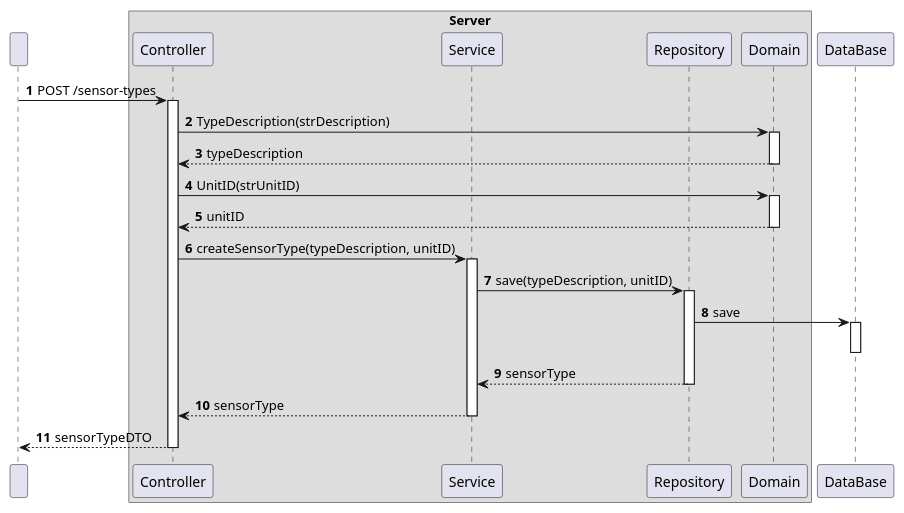
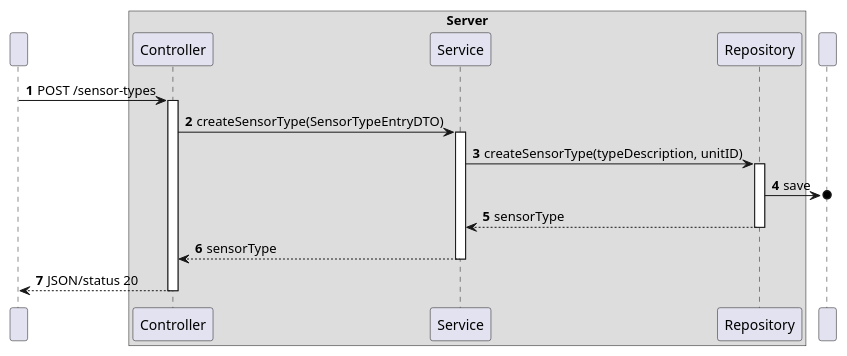
Before and after one commit to olivDiogo/SmartHome: the diagram in docs/ooa/C4_4plus1_models/Level3/ProcessView/ProcessViewLevel3_UC04.puml, drawn with PlantUML. The commit also changed 3 other files, not shown here.

```diff
--- a/docs/ooa/C4_4plus1_models/Level3/ProcessView/ProcessViewLevel3_UC04.puml
+++ b/docs/ooa/C4_4plus1_models/Level3/ProcessView/ProcessViewLevel3_UC04.puml
@@ -1,52 +1,40 @@
 @startuml
 'https://plantuml.com/sequence-diagram
 !pragma layout smetana
 
 autonumber
 
 participant " " as HTTP
 
 box "Server"
     participant "Controller" as CTRL
     participant "Service" as SV
     participant "Repository" as REPO
-    participant "Domain" as DOM
 end box
 
-participant "DataBase" as BD
+participant " " as BD
 
 
 HTTP -> CTRL : POST /sensor-types
 activate CTRL
+CTRL -> SV : createSensorType(SensorTypeEntryDTO)
 
-CTRL -> DOM : TypeDescription(strDescription)
-activate DOM
-DOM --> CTRL : typeDescription
-deactivate DOM
-
-CTRL -> DOM : UnitID(strUnitID)
-activate DOM
-DOM --> CTRL : unitID
-deactivate DOM
-
-CTRL -> SV : createSensorType(typeDescription, unitID)
 activate SV
 
-SV -> REPO : save(typeDescription, unitID)
+SV -> REPO : createSensorType(typeDescription, unitID)
 activate REPO
-REPO -> BD : save
-activate BD
-deactivate BD
+REPO ->o BD : save
+
 REPO --> SV : sensorType
 deactivate REPO
 
 SV --> CTRL : sensorType
 deactivate SV
 
 
-CTRL --> HTTP : sensorTypeDTO
+CTRL --> HTTP : JSON/status 20
 deactivate CTRL
 
 
 
 @enduml
```
